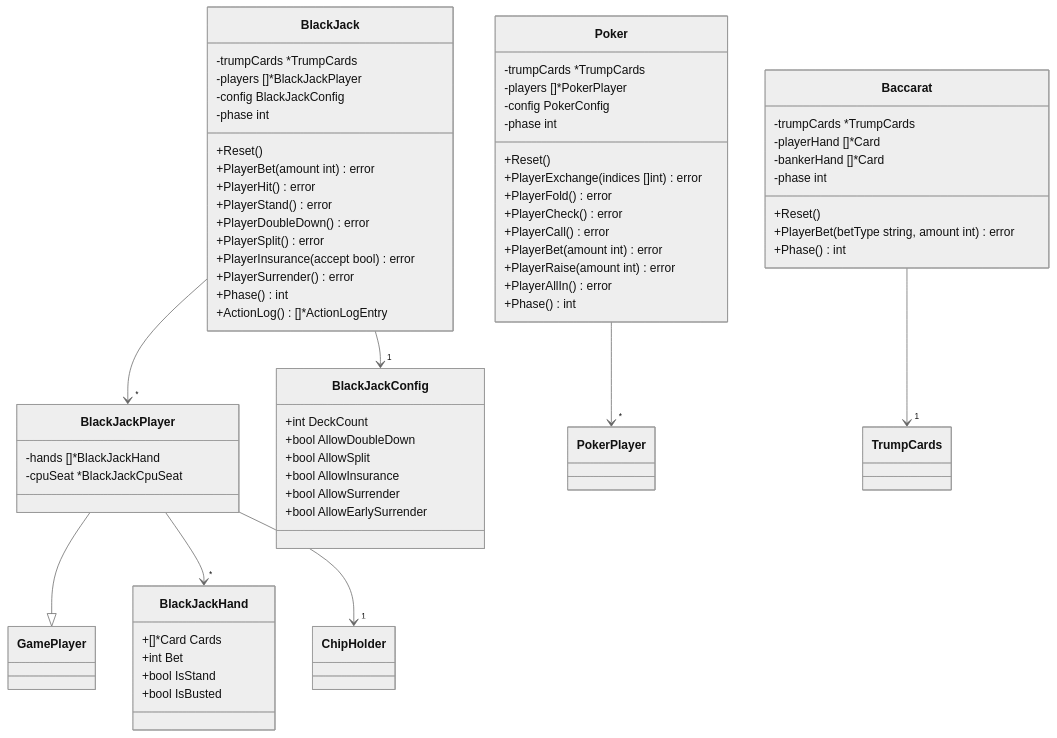
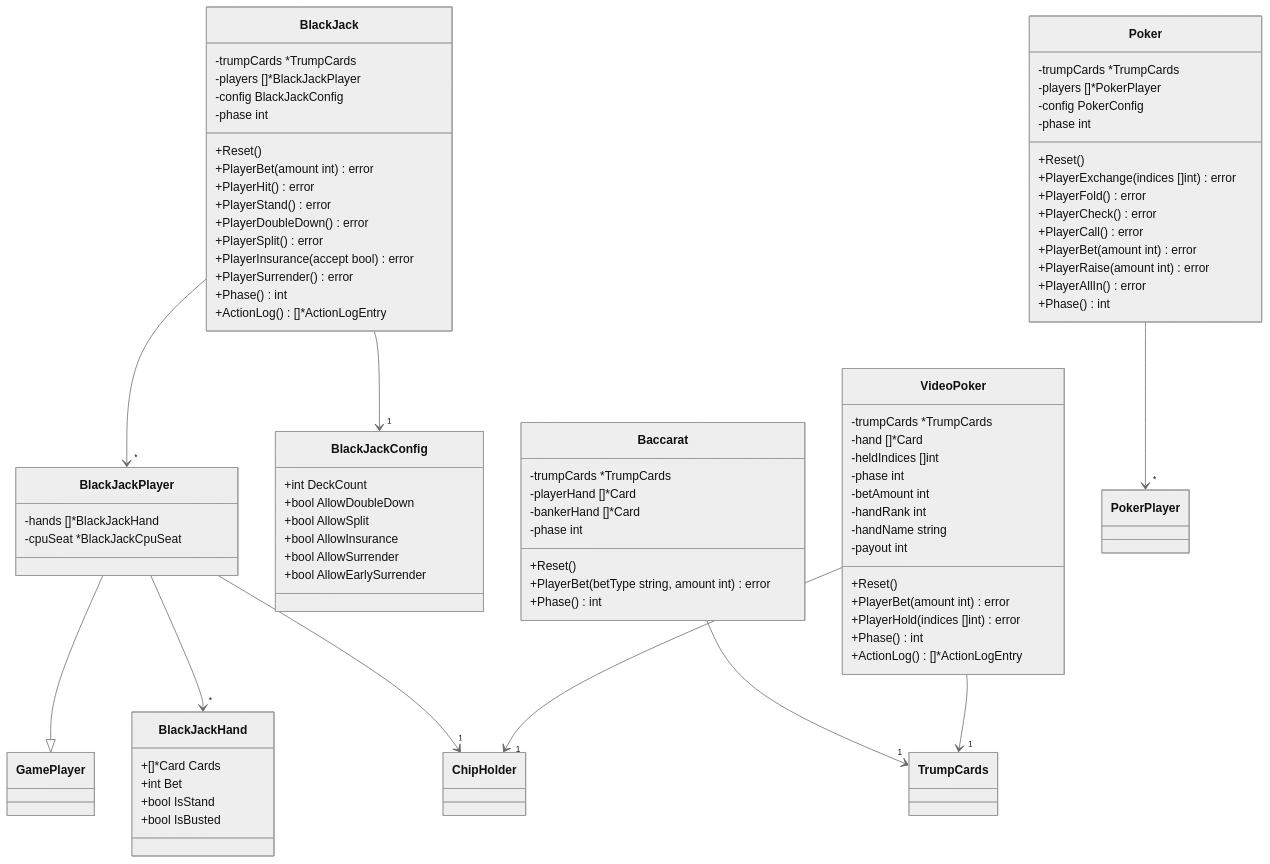
The second of 29 diagrams in docs/design/backend.md (yuta-yoshinaga/go_trumpcards), drawn with Mermaid (neutral theme) before and after one commit. The commit also changed other lines of this file and 50 other files, not shown here.

First line of the commit message:
feat: add Video Poker (Jacks or Better) game

````diff
--- a/docs/design/backend.md
+++ b/docs/design/backend.md
@@ -165,6 +167,22 @@
         +Phase() int
     }
 
+    class VideoPoker {
+        -trumpCards *TrumpCards
+        -hand []*Card
+        -heldIndices []int
+        -phase int
+        -betAmount int
+        -handRank int
+        -handName string
+        -payout int
+        +Reset()
+        +PlayerBet(amount int) error
+        +PlayerHold(indices []int) error
+        +Phase() int
+        +ActionLog() []*ActionLogEntry
+    }
+
     BlackJack --> "*" BlackJackPlayer
     BlackJack --> "1" BlackJackConfig
     BlackJackPlayer --|> GamePlayer
@@ -172,4 +190,6 @@
     BlackJackPlayer --> "1" ChipHolder
     Poker --> "*" PokerPlayer
     Baccarat --> "1" TrumpCards
+    VideoPoker --> "1" TrumpCards
+    VideoPoker --> "1" ChipHolder
 ```
````
